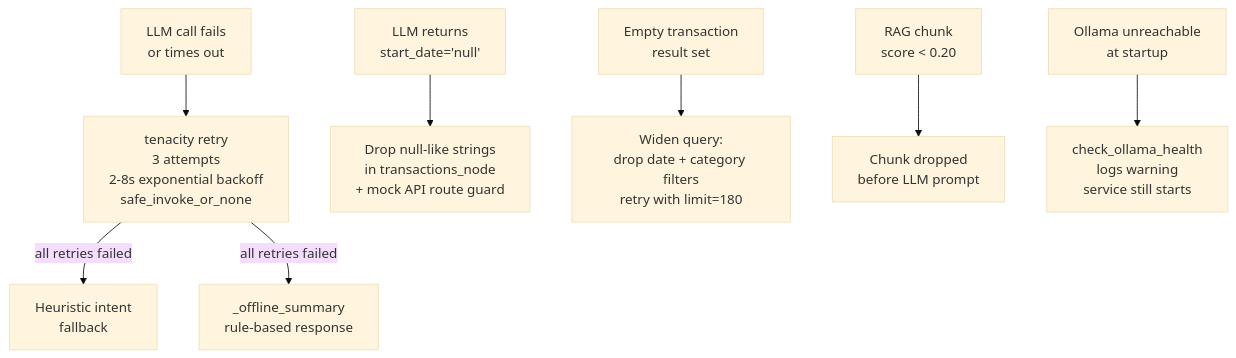
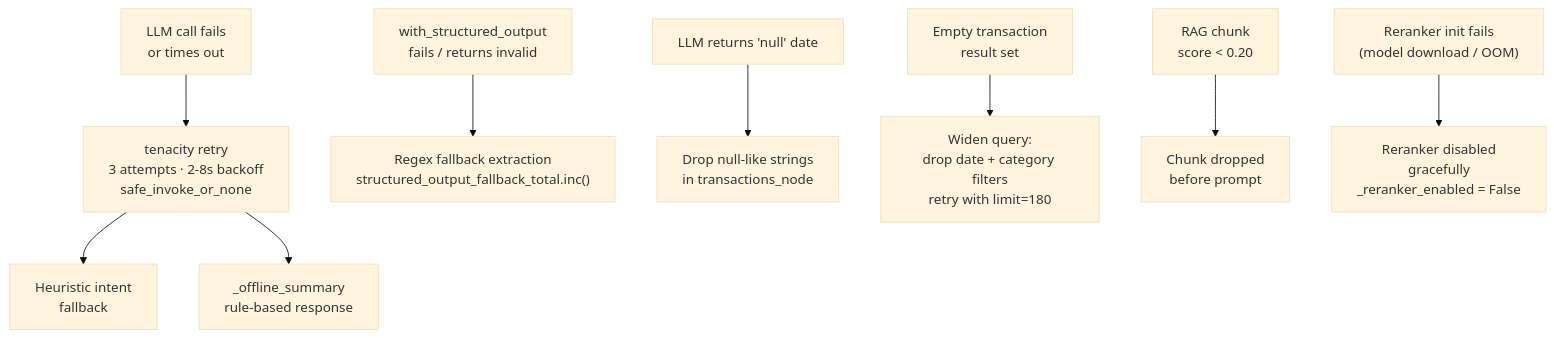
The tenth of 10 diagrams in finance-assistant/PROJECT_OVERVIEW.md (HumzaAwan/finance-assistant), drawn with Mermaid (base theme) before and after one commit. The commit also changed other lines of this file and 32 other files, not shown here.

````diff
--- a/finance-assistant/PROJECT_OVERVIEW.md
+++ b/finance-assistant/PROJECT_OVERVIEW.md
@@ -250,26 +391,29 @@
 ```mermaid
 flowchart TD
     LLM_FAIL["LLM call fails\nor times out"]
-    RETRY["tenacity retry\n3 attempts\n2-8s exponential backoff\nsafe_invoke_or_none"]
+    RETRY["tenacity retry\n3 attempts · 2-8s backoff\nsafe_invoke_or_none"]
     HEUR["Heuristic intent\nfallback"]
     OFFLINE["_offline_summary\nrule-based response"]
 
-    NULL_DATE["LLM returns\nstart_date='null'"]
-    FILTER["Drop null-like strings\nin transactions_node\n+ mock API route guard"]
+    SO_FAIL["with_structured_output\nfails / returns invalid"]
+    FB["Regex fallback extraction\nstructured_output_fallback_total.inc()"]
+
+    NULL_DATE["LLM returns 'null' date"]
+    FILTER["Drop null-like strings\nin transactions_node"]
 
     EMPTY_TX["Empty transaction\nresult set"]
     WIDEN["Widen query:\ndrop date + category filters\nretry with limit=180"]
 
     RAG_LOW["RAG chunk\nscore < 0.20"]
-    DROP["Chunk dropped\nbefore LLM prompt"]
+    DROP["Chunk dropped\nbefore prompt"]
 
-    OLLAMA_DOWN["Ollama unreachable\nat startup"]
-    WARN["check_ollama_health\nlogs warning\nservice still starts"]
+    RERANK_FAIL["Reranker init fails\n(model download / OOM)"]
+    SKIP["Reranker disabled\ngracefully\n_reranker_enabled = False"]
 
-    LLM_FAIL --> RETRY
-    RETRY -->|"all retries failed"| HEUR & OFFLINE
+    LLM_FAIL --> RETRY --> HEUR & OFFLINE
+    SO_FAIL --> FB
     NULL_DATE --> FILTER
     EMPTY_TX --> WIDEN
     RAG_LOW --> DROP
-    OLLAMA_DOWN --> WARN
+    RERANK_FAIL --> SKIP
 ```
````
